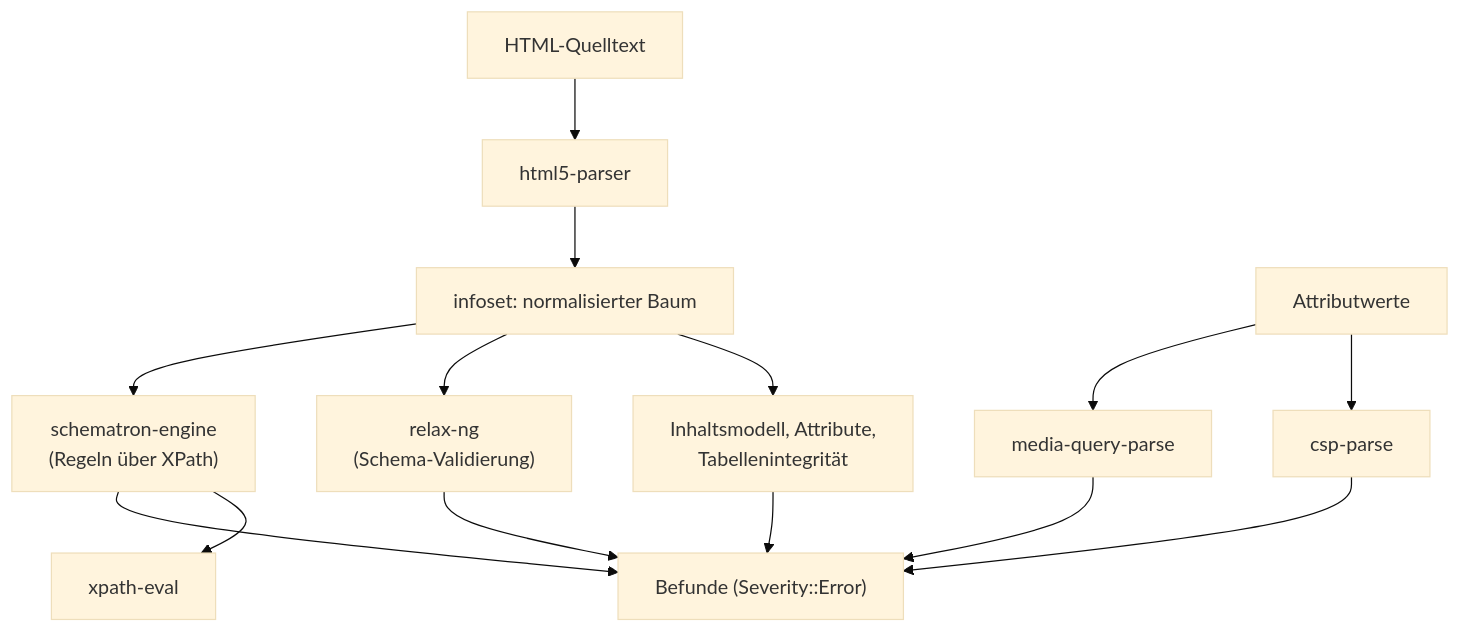
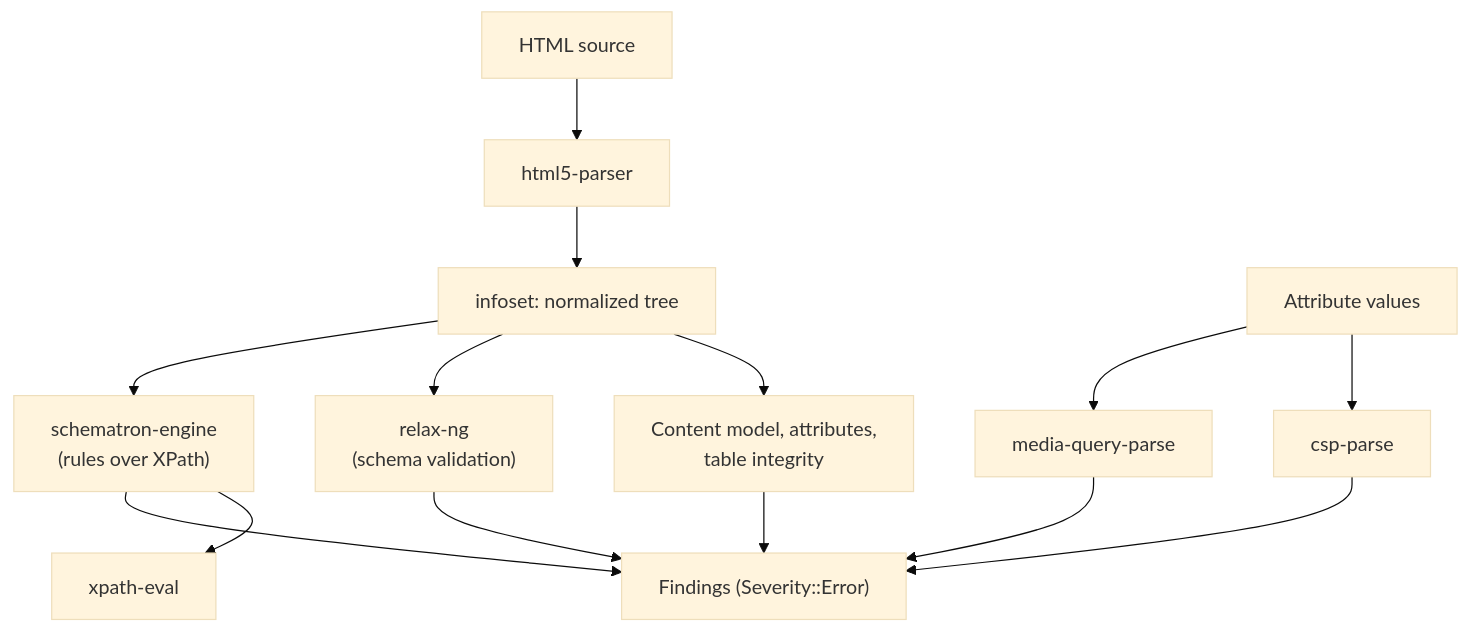
The diagram in docs/packages/html-conform.md (casoon/barrierlab), drawn with Mermaid (base theme) before and after one commit. The commit also changed other lines of this file and 25 other files, not shown here.

````diff
--- a/docs/packages/html-conform.md
+++ b/docs/packages/html-conform.md
@@ -25,12 +25,12 @@
 ```mermaid
 flowchart TB
-  html["HTML-Quelltext"] --> h5[html5-parser]
-  h5 --> info["infoset: normalisierter Baum"]
-  info --> cm["Inhaltsmodell, Attribute,\nTabellenintegrität"]
-  info --> rng["relax-ng\n(Schema-Validierung)"]
-  info --> sch["schematron-engine\n(Regeln über XPath)"]
+  html["HTML source"] --> h5[html5-parser]
+  h5 --> info["infoset: normalized tree"]
+  info --> cm["Content model, attributes,\ntable integrity"]
+  info --> rng["relax-ng\n(schema validation)"]
+  info --> sch["schematron-engine\n(rules over XPath)"]
   sch --> xp[xpath-eval]
-  attr["Attributwerte"] --> csp[csp-parse]
+  attr["Attribute values"] --> csp[csp-parse]
   attr --> mq[media-query-parse]
-  cm & rng & sch & csp & mq --> f["Befunde (Severity::Error)"]
+  cm & rng & sch & csp & mq --> f["Findings (Severity::Error)"]
 ```
````
